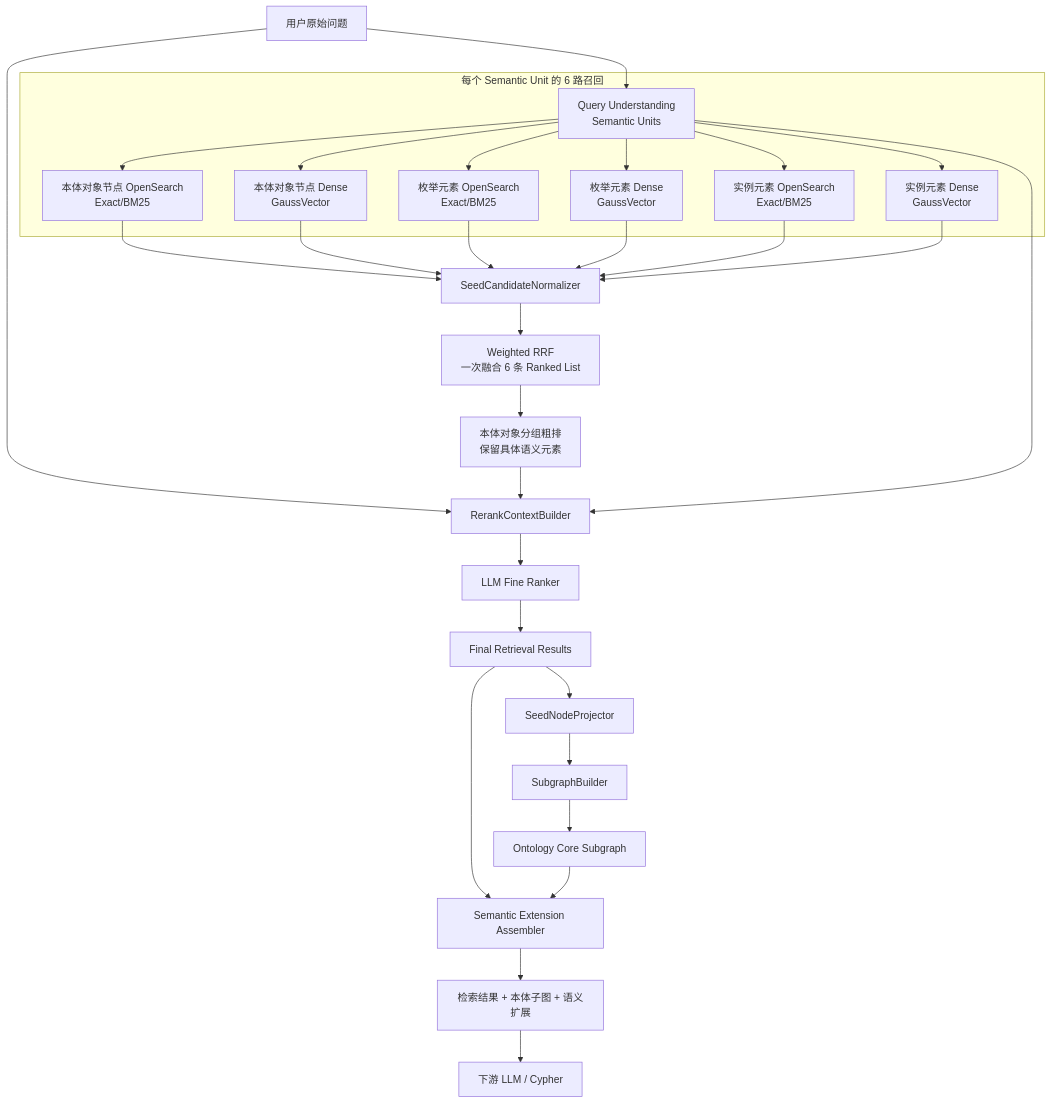
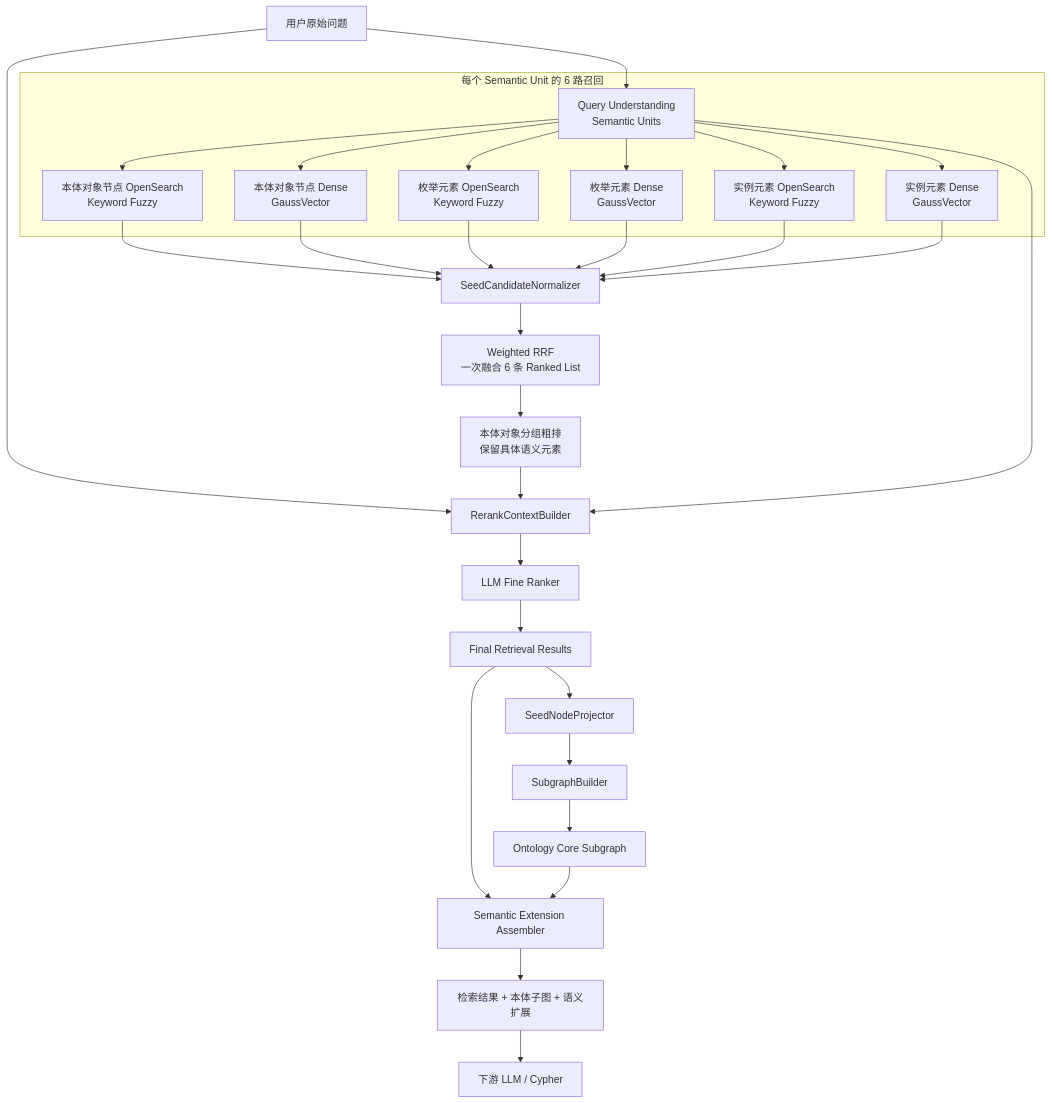
The third of 9 diagrams in docs/OAG本体锚点语义检索与向量索引设计方案.md (cfwl100/onology_dsl), drawn with Mermaid before and after one commit. The commit also changed other lines of this file and 2 other files, not shown here.

Commit message:
docs: refine chapter 4 fuzzy hybrid recall routing

````diff
--- a/docs/OAG本体锚点语义检索与向量索引设计方案.md
+++ b/docs/OAG本体锚点语义检索与向量索引设计方案.md
@@ -154,38 +154,38 @@
 ```mermaid
 flowchart TD
     Q[用户原始问题] --> QU[Query Understanding<br/>Semantic Units]
 
     subgraph RET[每个 Semantic Unit 的 6 路召回]
-      QU --> SL[本体对象节点 OpenSearch<br/>Exact/BM25]
+      QU --> SL[本体对象节点 OpenSearch<br/>Keyword Fuzzy]
       QU --> SD[本体对象节点 Dense<br/>GaussVector]
-      QU --> ML[枚举元素 OpenSearch<br/>Exact/BM25]
+      QU --> ML[枚举元素 OpenSearch<br/>Keyword Fuzzy]
       QU --> MD[枚举元素 Dense<br/>GaussVector]
-      QU --> IL[实例元素 OpenSearch<br/>Exact/BM25]
+      QU --> IL[实例元素 OpenSearch<br/>Keyword Fuzzy]
       QU --> ID[实例元素 Dense<br/>GaussVector]
     end
 
     SL --> N[SeedCandidateNormalizer]
     SD --> N
     ML --> N
     MD --> N
     IL --> N
     ID --> N
 
     N --> RRF[Weighted RRF<br/>一次融合 6 条 Ranked List]
     RRF --> COARSE[本体对象分组粗排<br/>保留具体语义元素]
 
     Q --> RC[RerankContextBuilder]
     COARSE --> RC
     QU --> RC
     RC --> LLM[LLM Fine Ranker]
     LLM --> RESULT[Final Retrieval Results]
 
     RESULT --> SP[SeedNodeProjector]
     SP --> SG[SubgraphBuilder]
     SG --> CORE[Ontology Core Subgraph]
 
     RESULT --> EXT[Semantic Extension Assembler]
     CORE --> EXT
     EXT --> OUT[检索结果 + 本体子图 + 语义扩展]
     OUT --> CYPHER[下游 LLM / Cypher]
 ```
````
